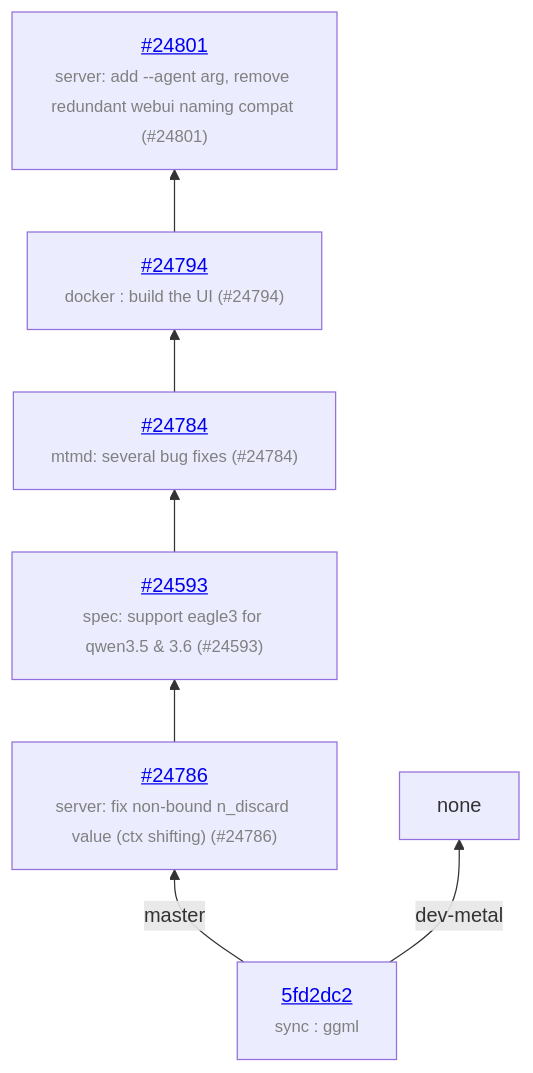
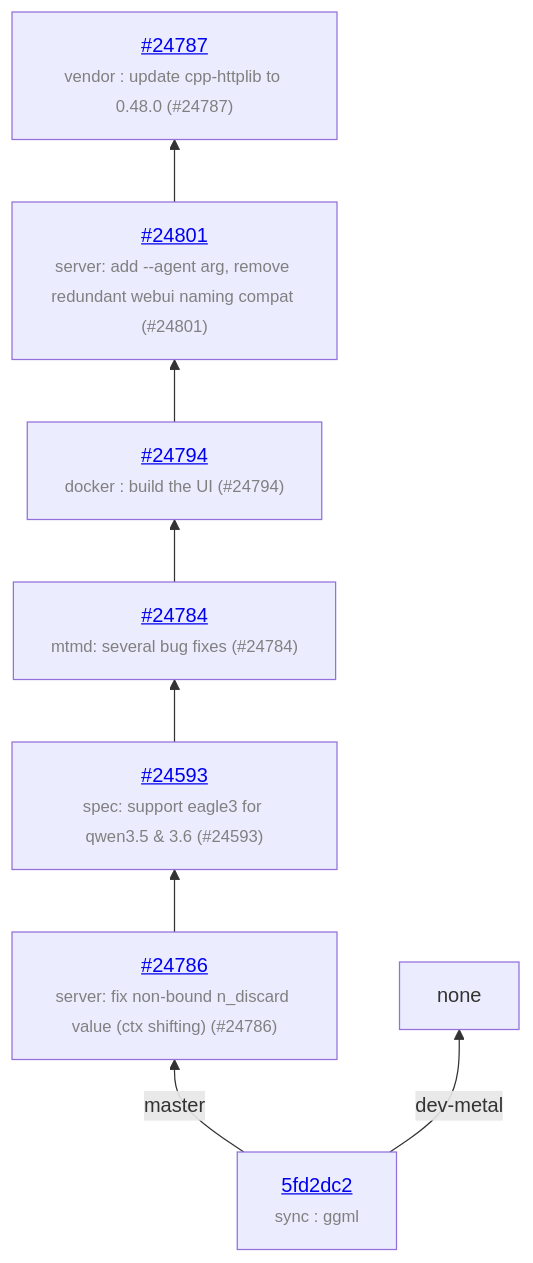
The diagram in README.md (ggml-org/llama.cpp-dev), drawn with Mermaid before and after one commit. The commit also changed other lines of this file and 1 other file, not shown here.

Commit message:
auto: update

````diff
--- a/README.md
+++ b/README.md
@@ -13,15 +13,17 @@
 ```mermaid
 graph BT
     COMMON["<a href='https://github.com/ggml-org/llama.cpp/commit/5fd2dc2c41c342a75c26f9756ca6b1814ed05fb4'>5fd2dc2</a><br/><span style="font-size:smaller;color:gray">sync : ggml</span>"]
     COMMON -->|master| C_159d093
     C_159d093["<a href='https://github.com/ggml-org/llama.cpp/pull/24786'>#24786</a><br/><span style="font-size:smaller;color:gray">server: fix non-bound n_discard value (ctx shifting) (#24786)</span>"]
     C_159d093 --> C_b14e3fb
     C_b14e3fb["<a href='https://github.com/ggml-org/llama.cpp/pull/24593'>#24593</a><br/><span style="font-size:smaller;color:gray">spec: support eagle3 for qwen3.5 & 3.6 (#24593)</span>"]
     C_b14e3fb --> C_e2e7a9b
     C_e2e7a9b["<a href='https://github.com/ggml-org/llama.cpp/pull/24784'>#24784</a><br/><span style="font-size:smaller;color:gray">mtmd: several bug fixes (#24784)</span>"]
     C_e2e7a9b --> C_38724ab
     C_38724ab["<a href='https://github.com/ggml-org/llama.cpp/pull/24794'>#24794</a><br/><span style="font-size:smaller;color:gray">docker : build the UI (#24794)</span>"]
     C_38724ab --> C_8c2d6f6
     C_8c2d6f6["<a href='https://github.com/ggml-org/llama.cpp/pull/24801'>#24801</a><br/><span style="font-size:smaller;color:gray">server: add --agent arg, remove redundant webui naming compat (#24801)</span>"]
+    C_8c2d6f6 --> C_0d2d9cc
+    C_0d2d9cc["<a href='https://github.com/ggml-org/llama.cpp/pull/24787'>#24787</a><br/><span style="font-size:smaller;color:gray">vendor : update cpp-httplib to 0.48.0 (#24787)</span>"]
     COMMON -->|dev-metal| none
 ```
````
